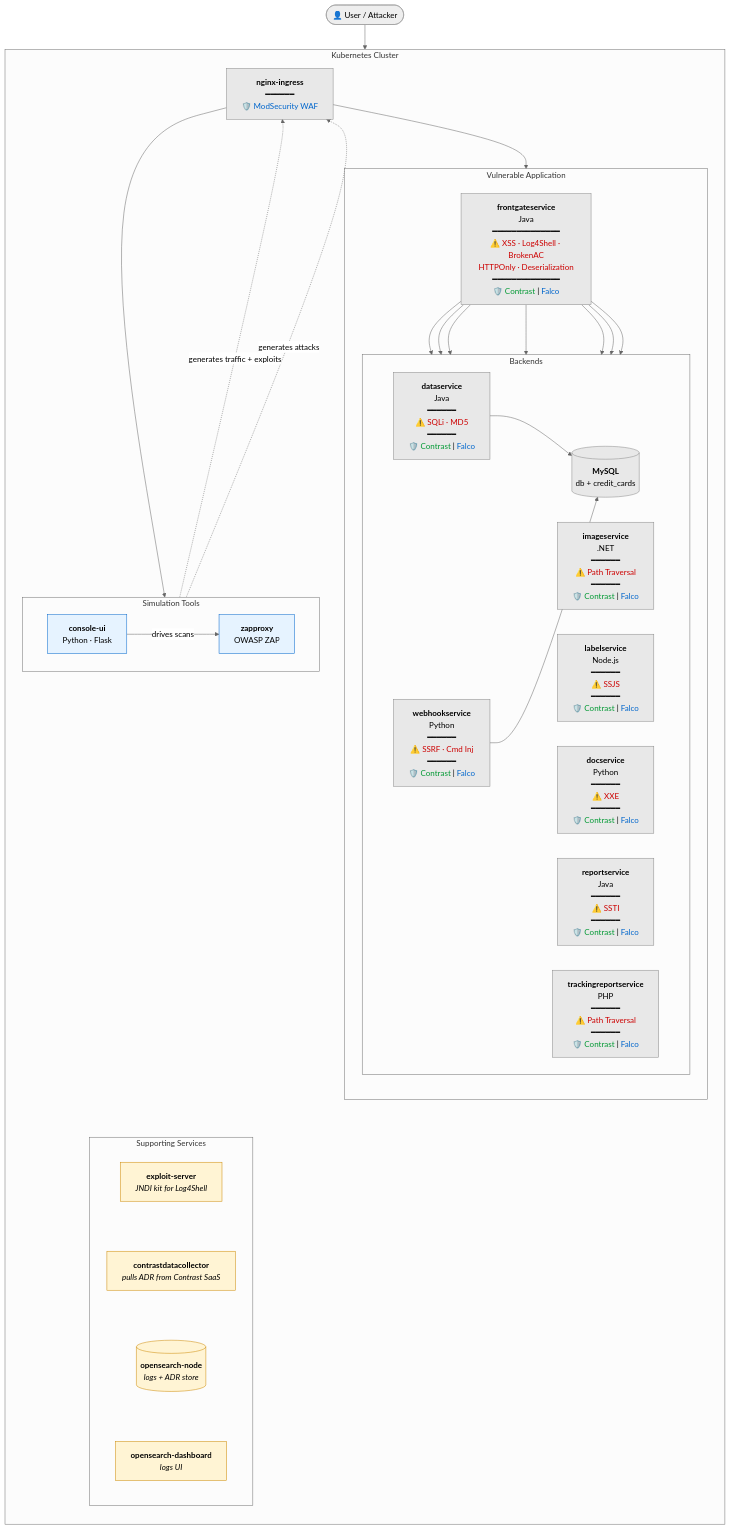
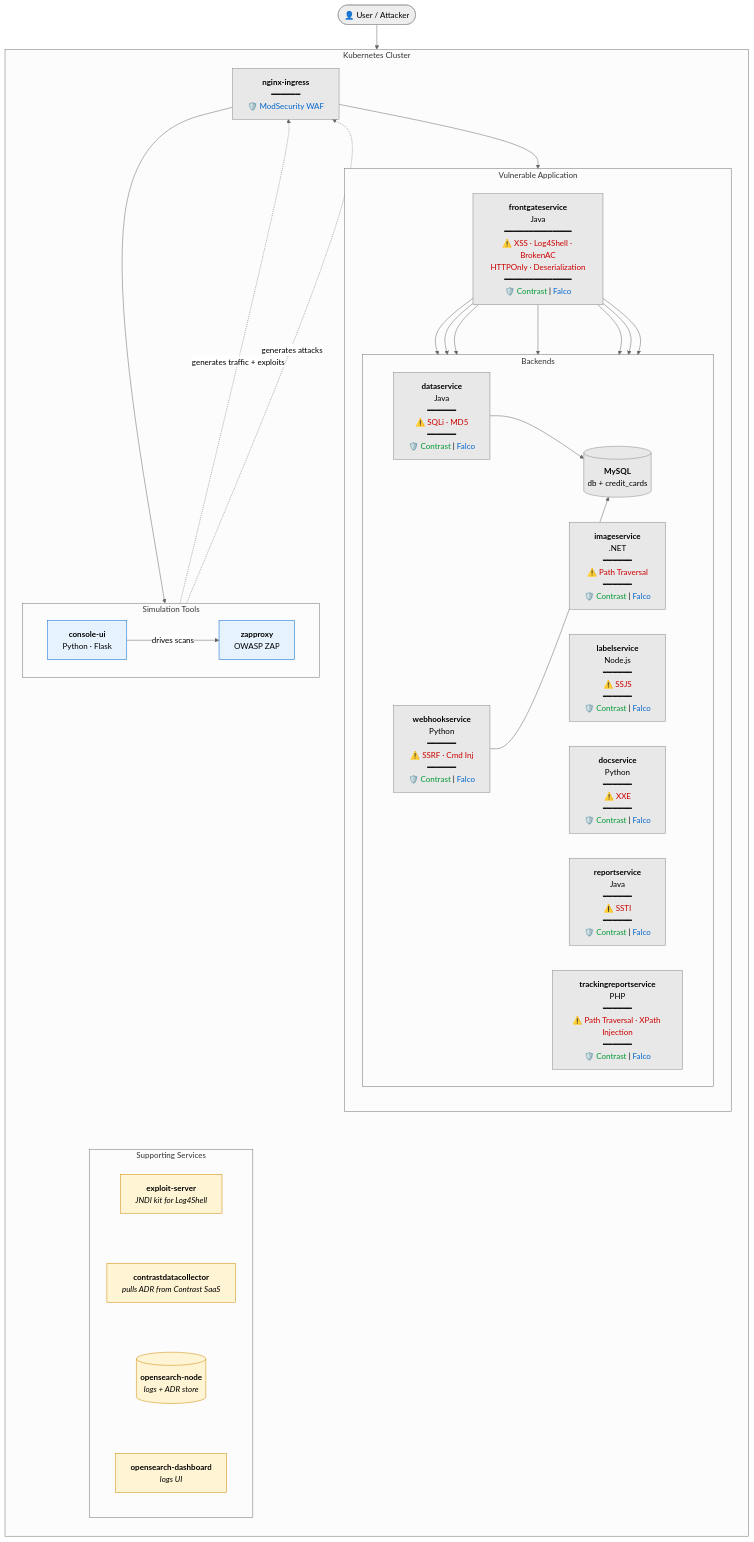
Before and after one commit to Contrast-Security-OSS/cargo-cats: the diagram in README.md, drawn with Mermaid (neutral theme). The commit also changed other lines of this file and 6 other files, not shown here.

First line of the commit message:
feat: restore XPath Injection demo in trackingreportservice search endpoint

````diff
--- a/README.md
+++ b/README.md
@@ -8,71 +8,71 @@
 ```mermaid
 flowchart TB
     User([👤 User / Attacker])
 
     subgraph K8S["Kubernetes Cluster"]
         direction TB
 
         Ingress["<b>nginx-ingress</b><br/>━━━━━━<br/>🛡️ <font color='#0066cc'>ModSecurity WAF</font>"]
 
         subgraph APP["Vulnerable Application"]
             direction TB
             FG["<b>frontgateservice</b><br/>Java<br/>━━━━━━━━━━━━━━<br/><font color='#c00'>⚠️ XSS · Log4Shell · BrokenAC<br/>HTTPOnly · Deserialization</font><br/>━━━━━━━━━━━━━━<br/>🛡️ <font color='#093'>Contrast</font> | <font color='#0066cc'>Falco</font>"]
 
             subgraph BE["Backends"]
                 direction LR
                 DS["<b>dataservice</b><br/>Java<br/>━━━━━━<br/><font color='#c00'>⚠️ SQLi · MD5</font><br/>━━━━━━<br/>🛡️ <font color='#093'>Contrast</font> | <font color='#0066cc'>Falco</font>"]
                 WH["<b>webhookservice</b><br/>Python<br/>━━━━━━<br/><font color='#c00'>⚠️ SSRF · Cmd Inj</font><br/>━━━━━━<br/>🛡️ <font color='#093'>Contrast</font> | <font color='#0066cc'>Falco</font>"]
                 IS["<b>imageservice</b><br/>.NET<br/>━━━━━━<br/><font color='#c00'>⚠️ Path Traversal</font><br/>━━━━━━<br/>🛡️ <font color='#093'>Contrast</font> | <font color='#0066cc'>Falco</font>"]
                 LS["<b>labelservice</b><br/>Node.js<br/>━━━━━━<br/><font color='#c00'>⚠️ SSJS</font><br/>━━━━━━<br/>🛡️ <font color='#093'>Contrast</font> | <font color='#0066cc'>Falco</font>"]
                 DC["<b>docservice</b><br/>Python<br/>━━━━━━<br/><font color='#c00'>⚠️ XXE</font><br/>━━━━━━<br/>🛡️ <font color='#093'>Contrast</font> | <font color='#0066cc'>Falco</font>"]
                 RS["<b>reportservice</b><br/>Java<br/>━━━━━━<br/><font color='#c00'>⚠️ SSTI</font><br/>━━━━━━<br/>🛡️ <font color='#093'>Contrast</font> | <font color='#0066cc'>Falco</font>"]
-                TR["<b>trackingreportservice</b><br/>PHP<br/>━━━━━━<br/><font color='#c00'>⚠️ Path Traversal</font><br/>━━━━━━<br/>🛡️ <font color='#093'>Contrast</font> | <font color='#0066cc'>Falco</font>"]
+                TR["<b>trackingreportservice</b><br/>PHP<br/>━━━━━━<br/><font color='#c00'>⚠️ Path Traversal · XPath Injection</font><br/>━━━━━━<br/>🛡️ <font color='#093'>Contrast</font> | <font color='#0066cc'>Falco</font>"]
                 DB[("<b>MySQL</b><br/>db + credit_cards")]
             end
         end
 
         subgraph SIM["Simulation Tools"]
             direction LR
             CU["<b>console-ui</b><br/>Python · Flask"]
             ZAP["<b>zapproxy</b><br/>OWASP ZAP"]
             CU -- "drives scans" --> ZAP
         end
 
         subgraph SUPP["Supporting Services"]
             direction TB
             EX["<b>exploit-server</b><br/><i>JNDI kit for Log4Shell</i>"]
             CDC["<b>contrastdatacollector</b><br/><i>pulls ADR from Contrast SaaS</i>"]
             OSN[("<b>opensearch-node</b><br/><i>logs + ADR store</i>")]
             OSD["<b>opensearch-dashboard</b><br/><i>logs UI</i>"]
             EX ~~~ CDC
             CDC ~~~ OSN
             OSN ~~~ OSD
         end
     end
 
     User --> Ingress
     Ingress --> FG
     Ingress --> CU
     Ingress ~~~ ZAP
     FG --> DS
     FG --> WH
     FG --> IS
     FG --> LS
     FG --> DC
     FG --> RS
     FG --> TR
     DS --> DB
     WH --> DB
 
     CU  -. "generates traffic + exploits" .-> Ingress
     ZAP -. "generates attacks" .-> Ingress
 
     ZAP ~~~ EX
 
     classDef vuln fill:#e8e8e8,stroke:#888,color:#000
     classDef sim  fill:#e6f3ff,stroke:#06c,color:#000
     classDef supp fill:#fff4d4,stroke:#c80,color:#000
     class FG,DS,WH,IS,LS,DC,RS,TR,DB,Ingress vuln
     class CU,ZAP sim
     class EX,CDC,OSN,OSD supp
 ```
````
